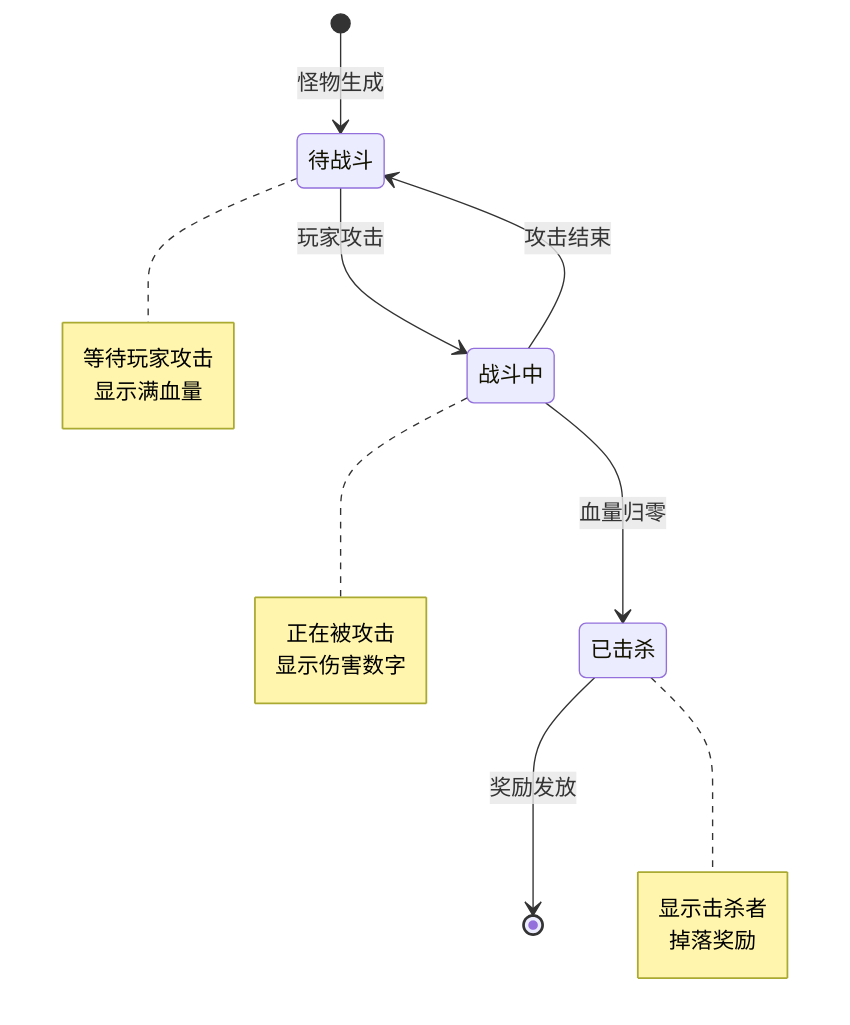
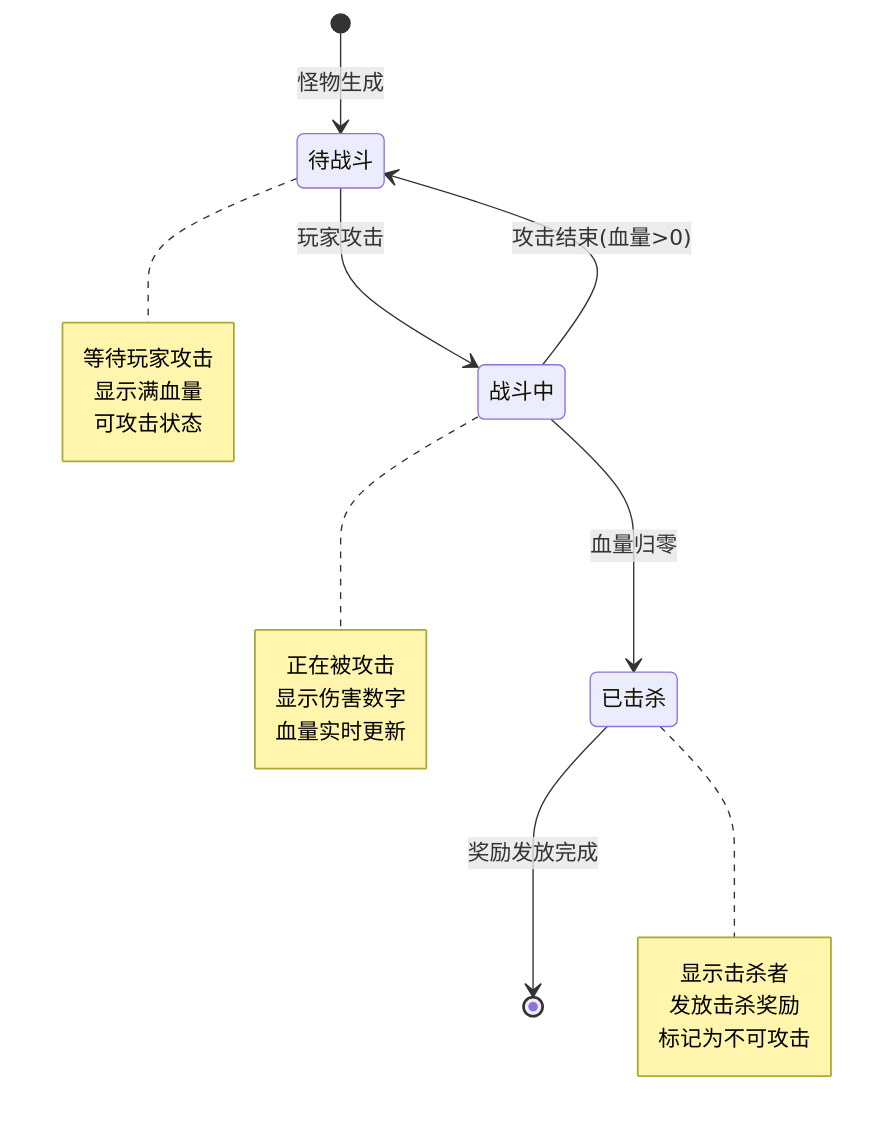
The second of 5 diagrams in docs/Module_GuildDungeon/06_实现细节.md (Alan-Ben/k2c_game_framework), drawn with Mermaid before and after one commit. The commit also changed other lines of this file and 1 other file, not shown here.

Commit message:
docs: 深度完善 GuildDungeon 模块文档（完整字段、流程图、代码示例）

````diff
--- a/docs/Module_GuildDungeon/06_实现细节.md
+++ b/docs/Module_GuildDungeon/06_实现细节.md
@@ -107,23 +93,26 @@
 ```mermaid
 stateDiagram-v2
     [*] --> 待战斗: 怪物生成
     待战斗 --> 战斗中: 玩家攻击
-    战斗中 --> 待战斗: 攻击结束
+    战斗中 --> 待战斗: 攻击结束(血量>0)
     战斗中 --> 已击杀: 血量归零
-    已击杀 --> [*]: 奖励发放
+    已击杀 --> [*]: 奖励发放完成
 
     note right of 待战斗
         等待玩家攻击
         显示满血量
+        可攻击状态
     end note
 
     note right of 战斗中
         正在被攻击
         显示伤害数字
+        血量实时更新
     end note
 
     note right of 已击杀
         显示击杀者
-        掉落奖励
+        发放击杀奖励
+        标记为不可攻击
     end note
 ```
````
